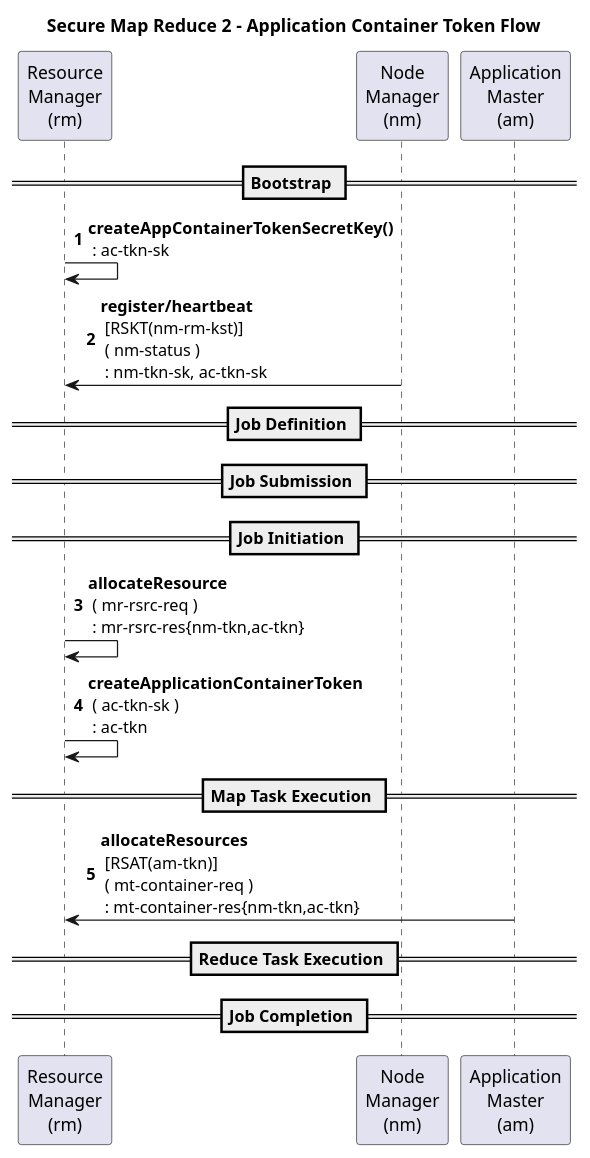
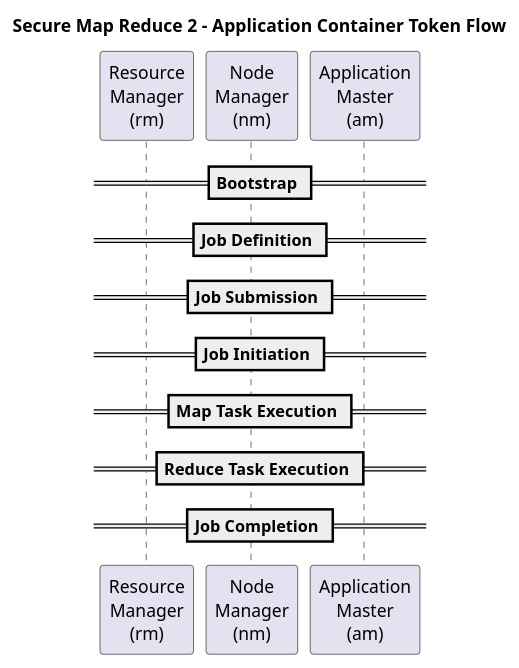
One commit to kminder/puml changed the diagram in hadoop/src/mr2/secure-mapreduce2-10-ac-tkn.puml. Above: the diagram before and after it, drawn with PlantUML. The commit also changed 1 other file, not shown here.

Commit message:
Finish secure-mapreduce2-09-nm-tkn.puml

```diff
--- a/hadoop/src/mr2/secure-mapreduce2-10-ac-tkn.puml
+++ b/hadoop/src/mr2/secure-mapreduce2-10-ac-tkn.puml
@@ -1,41 +1,36 @@
 @startuml
 title Secure Map Reduce 2 - Application Container Token Flow
 autonumber
 'hide footbox
 
 'participant "Client\n(c)" as C
 participant "Resource\nManager\n(rm)" as RM
 'participant "History\nServer\n(hs)" as HS
 participant "Node\nManager\n(nm)" as NM
 'participant "Shuffle\nService\n(ss)" as SS
 participant "Application\nMaster\n(am)" as AM
 'participant "Client\nService\n(cs)" as CS
 'participant "Application\nContainer\n(ac)" as AC #red
 'participant "Task\n(t)" as T #orange
 'participant "File\nSystem\n(fs)" as FS
 'participant "Name\nNode\n(nn)" as NN
 'participant "Data\nNode\n(dn)" as DN
 'participant "Kerberos\nKDC" as KDC
 
 'note over C,KDC #green: QUESTION ?
 
 == Bootstrap ==
-RM->RM:<b>createAppContainerTokenSecretKey()\n : ac-tkn-sk
-NM->RM:<b>register/heartbeat\n [RSKT(nm-rm-kst)]\n ( nm-status )\n : nm-tkn-sk, ac-tkn-sk
 
 == Job Definition ==
 
 == Job Submission ==
 
 == Job Initiation ==
-RM->RM: <b>allocateResource\n ( mr-rsrc-req )\n : mr-rsrc-res{nm-tkn,ac-tkn}
-RM->RM: <b>createApplicationContainerToken\n ( ac-tkn-sk )\n : ac-tkn
 
 == Map Task Execution ==
-AM->RM: <b>allocateResources\n [RSAT(am-tkn)]\n ( mt-container-req )\n : mt-container-res{nm-tkn,ac-tkn}
 
 == Reduce Task Execution ==
 
 == Job Completion ==
 
 @enduml
```
